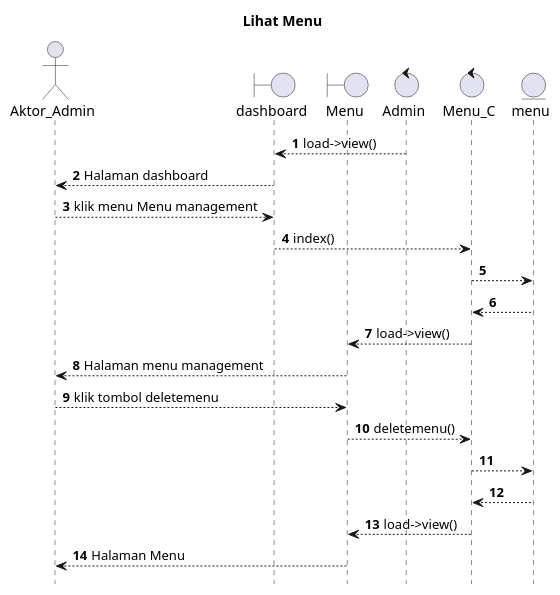
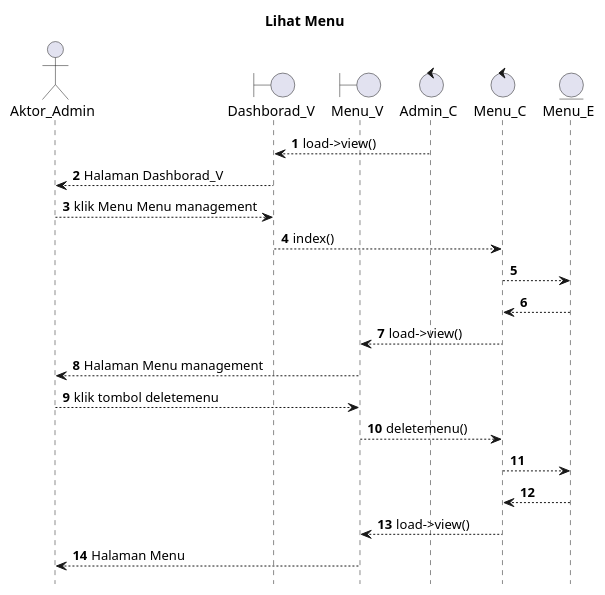
One commit to kurniado729/sistem_kp changed the diagram in UML/admin/deletemenu.puml. Above: the diagram before and after it, drawn with PlantUML. The commit also changed 54 other files, not shown here.

```diff
--- a/UML/admin/deletemenu.puml
+++ b/UML/admin/deletemenu.puml
@@ -1,32 +1,32 @@
 @startuml
 
 autonumber
 hide footbox
 title Lihat Menu
 
 Actor Aktor_Admin
-boundary dashboard
-boundary Menu
-control Admin
+boundary Dashborad_V
+boundary Menu_V
+control Admin_C
 control Menu_C
-Entity menu
+Entity Menu_E
 
-Admin --> dashboard: load->view()
-dashboard --> Aktor_Admin: Halaman dashboard
-Aktor_Admin --> dashboard: klik menu Menu management
-dashboard --> Menu_C: index()
-Menu_C --> menu:
+Admin_C --> Dashborad_V: load->view()
+Dashborad_V --> Aktor_Admin: Halaman Dashborad_V
+Aktor_Admin --> Dashborad_V: klik Menu Menu management
+Dashborad_V --> Menu_C: index()
+Menu_C --> Menu_E:
     
-    menu --> Menu_C:
-    Menu_C --> Menu: load->view()
-    Menu --> Aktor_Admin: Halaman menu management
+    Menu_E --> Menu_C:
+    Menu_C --> Menu_V: load->view()
+    Menu_V --> Aktor_Admin: Halaman Menu management
 
-Aktor_Admin --> Menu: klik tombol deletemenu
-Menu --> Menu_C: deletemenu()
-Menu_C --> menu:
+Aktor_Admin --> Menu_V: klik tombol deletemenu
+Menu_V --> Menu_C: deletemenu()
+Menu_C --> Menu_E:
   
-    menu --> Menu_C:
-    Menu_C --> Menu: load->view()
-    Menu --> Aktor_Admin: Halaman Menu
+    Menu_E --> Menu_C:
+    Menu_C --> Menu_V: load->view()
+    Menu_V --> Aktor_Admin: Halaman Menu
 
 @enduml
```
